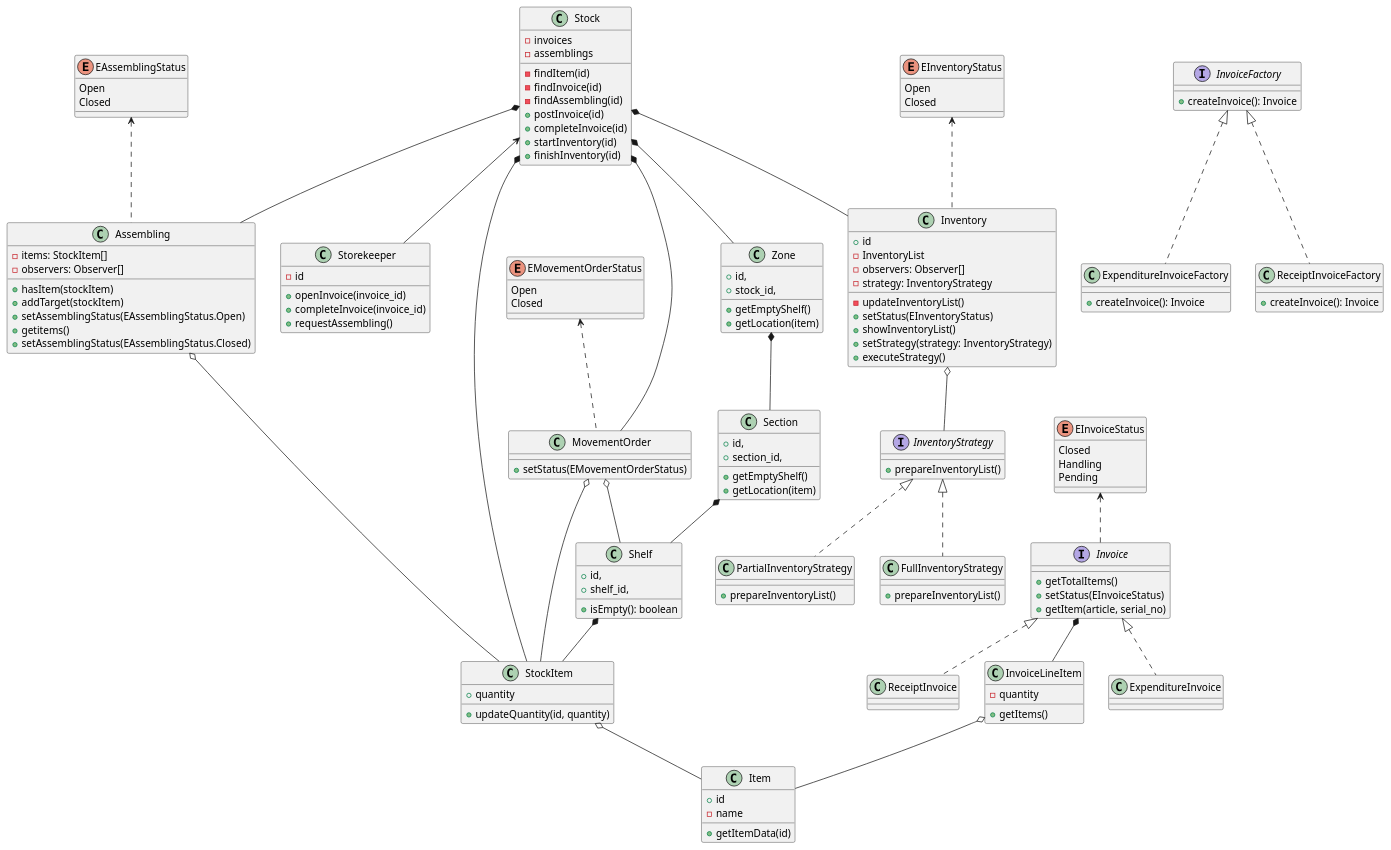
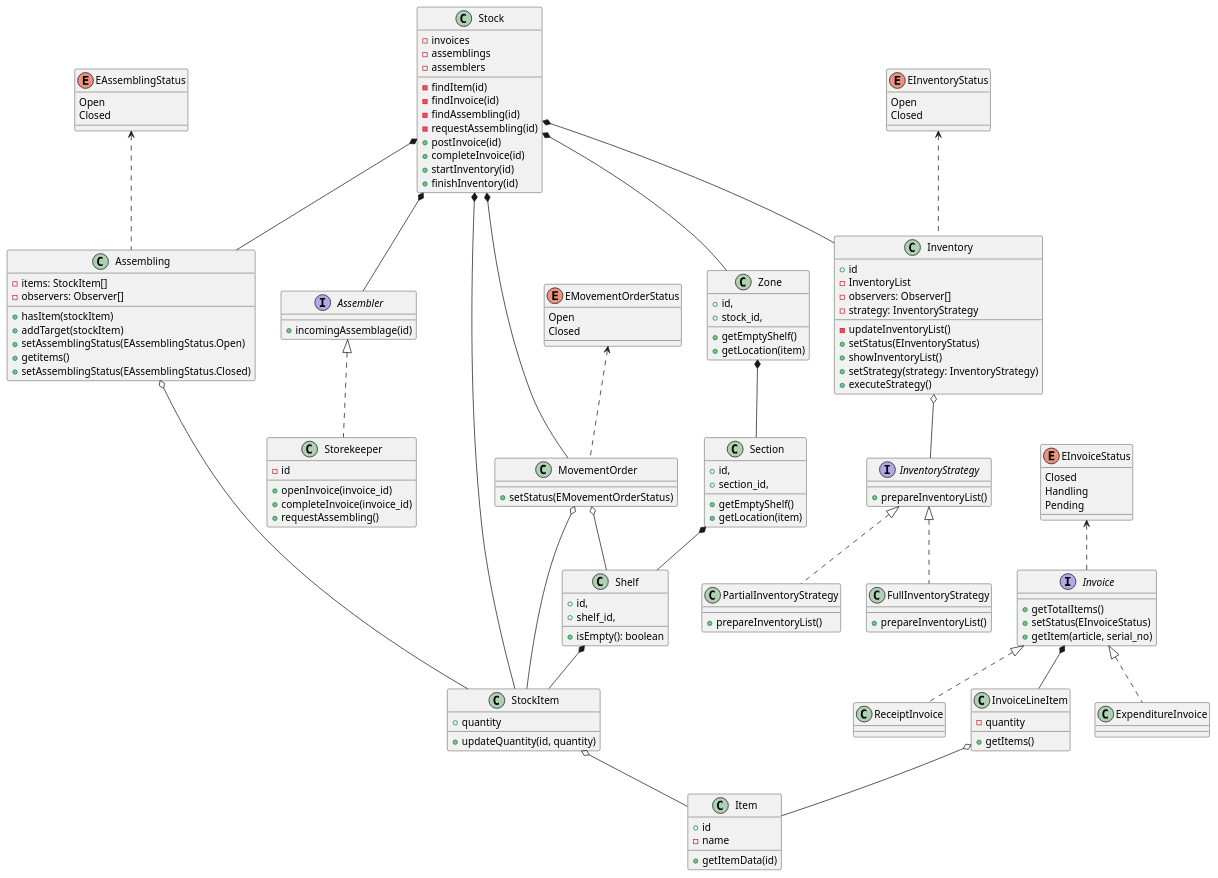
One commit to penamarth/bsbo-02-21_team5_var6_sklad changed the diagram in warehouse/диаграмма_классов.md. Above: the diagram before and after it, drawn with PlantUML.

Commit message:
Update Classes.

`````diff
--- a/warehouse/диаграмма_классов.md
+++ b/warehouse/диаграмма_классов.md
@@ -1,11 +1,15 @@
+```plantuml
+
 @startuml
 
 class Stock {
   -invoices
   -assemblings
+  -assemblers
   -findItem(id)
   -findInvoice(id)
   -findAssembling(id)
+  -requestAssembling(id)
   +postInvoice(id)
   +completeInvoice(id)
   +startInventory(id)
@@ -73,6 +77,10 @@
   +getItems()
 }
 
+interface Assembler {
+  +incomingAssemblage(id)
+}
+
 class Storekeeper {
   -id
   +openInvoice(invoice_id)
@@ -111,18 +119,6 @@
   +executeStrategy()
 }
 
-interface InvoiceFactory {
-  +createInvoice(): Invoice
-}
-
-class ExpenditureInvoiceFactory {
-  +createInvoice(): Invoice
-}
-
-class ReceiptInvoiceFactory {
-  +createInvoice(): Invoice
-}
-
 interface InventoryStrategy {
   +prepareInventoryList()
 }
@@ -148,7 +144,8 @@
 Stock *-- Zone
 Assembling o-- StockItem
 Stock *-- Assembling
-Stock <-- Storekeeper
+Stock *-- Assembler
+Assembler <|.. Storekeeper
 Stock *-- StockItem
 Invoice <|.. ExpenditureInvoice
 Invoice <|.. ReceiptInvoice
@@ -156,9 +153,9 @@
 EInventoryStatus <.. Inventory
 EMovementOrderStatus <.. MovementOrder
 EAssemblingStatus <.. Assembling
-InvoiceFactory <|.. ExpenditureInvoiceFactory
-InvoiceFactory <|.. ReceiptInvoiceFactory
 InventoryStrategy <|.. FullInventoryStrategy
 InventoryStrategy <|.. PartialInventoryStrategy
 Inventory o-- InventoryStrategy
 @enduml
+
+````
`````
